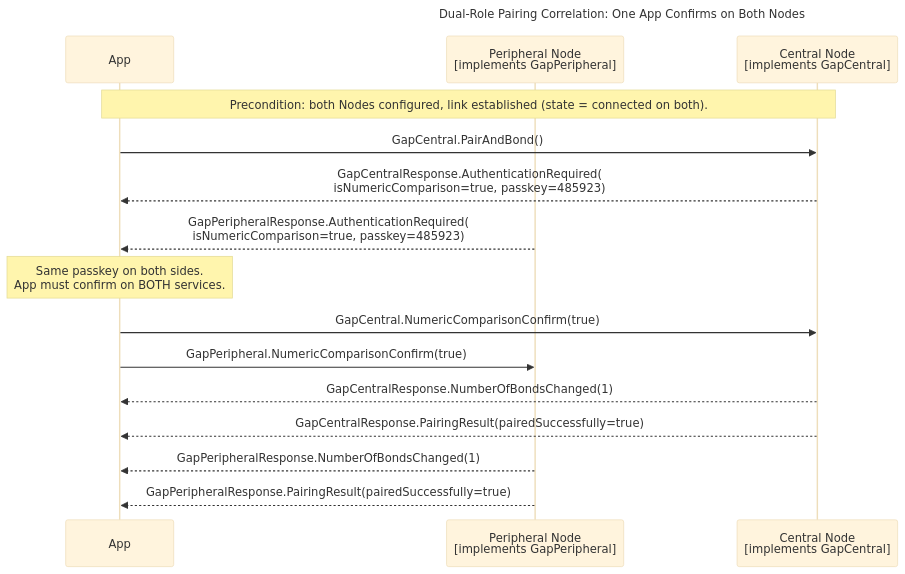
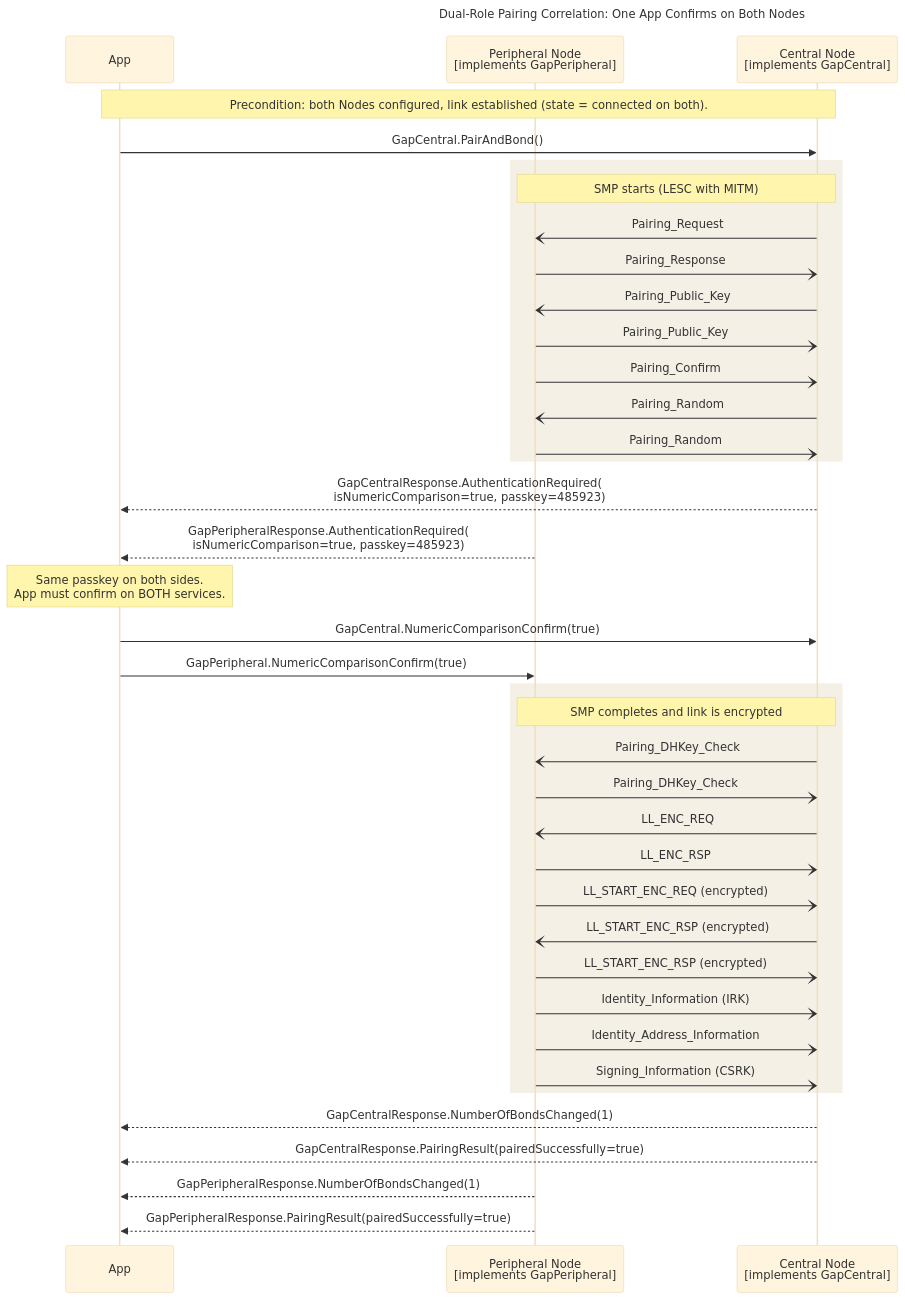
The diagram in documents/modules/ROOT/partials/echoservices/composite_flows/Gap_DualRolePairingCorrelation_sequence.mmd (philips-software/amp-embedded-infra-lib), drawn with Mermaid (base theme) before and after one commit. The commit also changed 8 other files, not shown here.

```diff
--- a/documents/modules/ROOT/partials/echoservices/composite_flows/Gap_DualRolePairingCorrelation_sequence.mmd
+++ b/documents/modules/ROOT/partials/echoservices/composite_flows/Gap_DualRolePairingCorrelation_sequence.mmd
@@ -1,23 +1,48 @@
 sequenceDiagram
     title Dual-Role Pairing Correlation: One App Confirms on Both Nodes
 
     participant App as App
     participant PeripheralNode as Peripheral Node<br>[implements GapPeripheral]
     participant CentralNode as Central Node<br>[implements GapCentral]
 
     Note over App, CentralNode: Precondition: both Nodes configured, link established (state = connected on both).
 
     App->>CentralNode: GapCentral.PairAndBond()
 
+    rect rgb(245, 240, 230)
+        Note over PeripheralNode, CentralNode: SMP starts (LESC with MITM)
+        CentralNode-)PeripheralNode: Pairing_Request
+        PeripheralNode-)CentralNode: Pairing_Response
+        CentralNode-)PeripheralNode: Pairing_Public_Key
+        PeripheralNode-)CentralNode: Pairing_Public_Key
+        PeripheralNode-)CentralNode: Pairing_Confirm
+        CentralNode-)PeripheralNode: Pairing_Random
+        PeripheralNode-)CentralNode: Pairing_Random
+    end
+
     CentralNode-->>App: GapCentralResponse.AuthenticationRequired(<br>isNumericComparison=true, passkey=485923)
     PeripheralNode-->>App: GapPeripheralResponse.AuthenticationRequired(<br>isNumericComparison=true, passkey=485923)
 
     Note over App: Same passkey on both sides.<br>App must confirm on BOTH services.
 
     App->>CentralNode: GapCentral.NumericComparisonConfirm(true)
     App->>PeripheralNode: GapPeripheral.NumericComparisonConfirm(true)
 
+    rect rgb(245, 240, 230)
+        Note over PeripheralNode, CentralNode: SMP completes and link is encrypted
+        CentralNode-)PeripheralNode: Pairing_DHKey_Check
+        PeripheralNode-)CentralNode: Pairing_DHKey_Check
+        CentralNode-)PeripheralNode: LL_ENC_REQ
+        PeripheralNode-)CentralNode: LL_ENC_RSP
+        PeripheralNode-)CentralNode: LL_START_ENC_REQ (encrypted)
+        CentralNode-)PeripheralNode: LL_START_ENC_RSP (encrypted)
+        PeripheralNode-)CentralNode: LL_START_ENC_RSP (encrypted)
+        PeripheralNode-)CentralNode: Identity_Information (IRK)
+        PeripheralNode-)CentralNode: Identity_Address_Information
+        PeripheralNode-)CentralNode: Signing_Information (CSRK)
+    end
+
     CentralNode-->>App: GapCentralResponse.NumberOfBondsChanged(1)
     CentralNode-->>App: GapCentralResponse.PairingResult(pairedSuccessfully=true)
     PeripheralNode-->>App: GapPeripheralResponse.NumberOfBondsChanged(1)
     PeripheralNode-->>App: GapPeripheralResponse.PairingResult(pairedSuccessfully=true)
```
